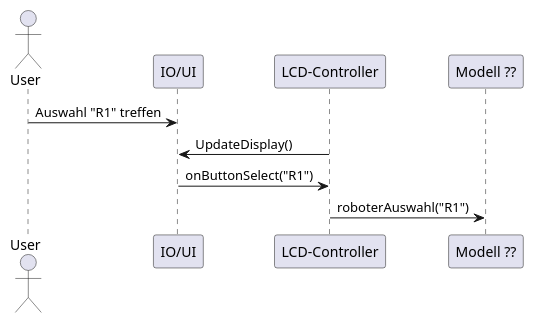
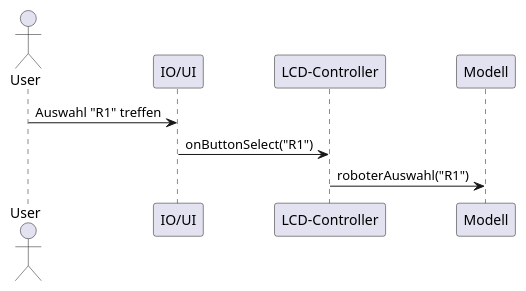
The diagram in Docs/diagrams/selectRobot.plantuml (DavidDao1997/VS_Praktikum-2025-SoSe), drawn with PlantUML before and after one commit. The commit also changed 1 other file, not shown here.

Commit message:
change: selectRobot sequenzdiagram

```diff
--- a/Docs/diagrams/selectRobot.plantuml
+++ b/Docs/diagrams/selectRobot.plantuml
@@ -1,20 +1,18 @@
 @startuml
 actor User
 
 participant "IO/UI" as UI
 participant "LCD-Controller" as Ctrl
-participant "Modell ??" as Modell
+participant "Modell" as Modell
 
 
 ' Benutzer wählt einen Roboter (z. B. über Button)
 User -> UI: Auswahl "R1" treffen
 
-' Auswahl anzeigen
-Ctrl -> UI: UpdateDisplay()
-
 ' UI Button bestätigen
 UI -> Ctrl: onButtonSelect("R1")
+
 
 ' LCD-Controller nutzt Roboterauswahl
 Ctrl -> Modell: roboterAuswahl("R1")
 @enduml
```
